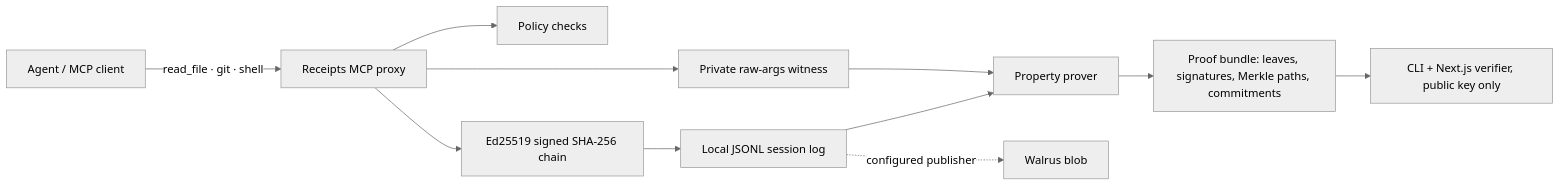
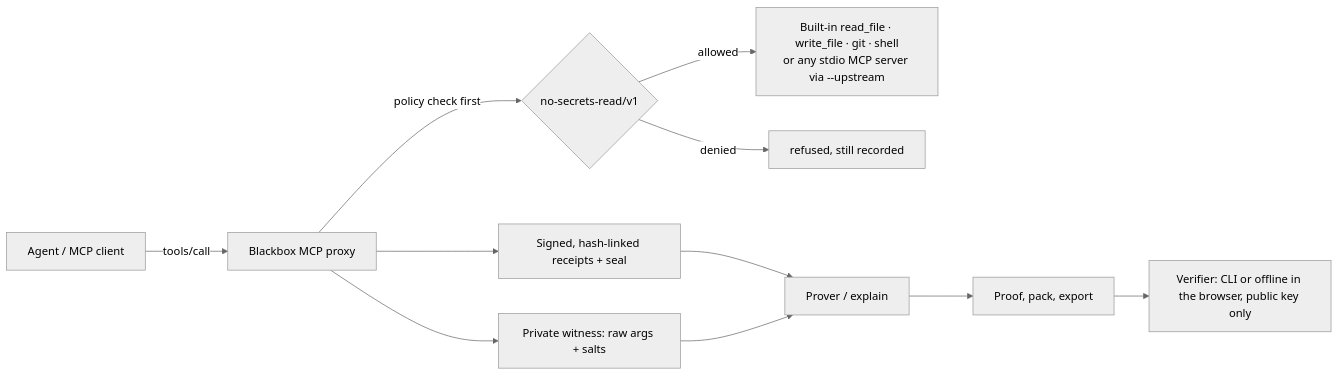
One commit to nickthelegend/blackbox-receipts changed the diagram in README.md. Above: the diagram before and after it, drawn with Mermaid (neutral theme). The commit also changed other lines of this file and 2 other files, not shown here.

````diff
--- a/README.md
+++ b/README.md
@@ -5,13 +7,13 @@
 ```mermaid
 flowchart LR
-  A[Agent / MCP client] -->|read_file · git · shell| P[Receipts MCP proxy]
-  P --> G[Policy checks]
-  P --> S[Ed25519 signed SHA-256 chain]
-  S --> L[Local JSONL session log]
-  P --> X[Private raw-args witness]
-  L --> Q[Property prover]
+  A[Agent / MCP client] -->|tools/call| P[Blackbox MCP proxy]
+  P -->|policy check first| G{no-secrets-read/v1}
+  G -->|allowed| U[Built-in read_file · write_file · git · shell<br/>or any stdio MCP server via --upstream]
+  G -->|denied| D[refused, still recorded]
+  P --> S[Signed, hash-linked receipts + seal]
+  P --> X[Private witness: raw args + salts]
+  S --> Q[Prover / explain]
   X --> Q
-  Q --> B[Proof bundle: leaves, signatures, Merkle paths, commitments]
-  B --> V[CLI + Next.js verifier, public key only]
-  L -. configured publisher .-> W[Walrus blob]
+  Q --> B[Proof, pack, export]
+  B --> V[Verifier: CLI or offline in the browser, public key only]
 ```
````
